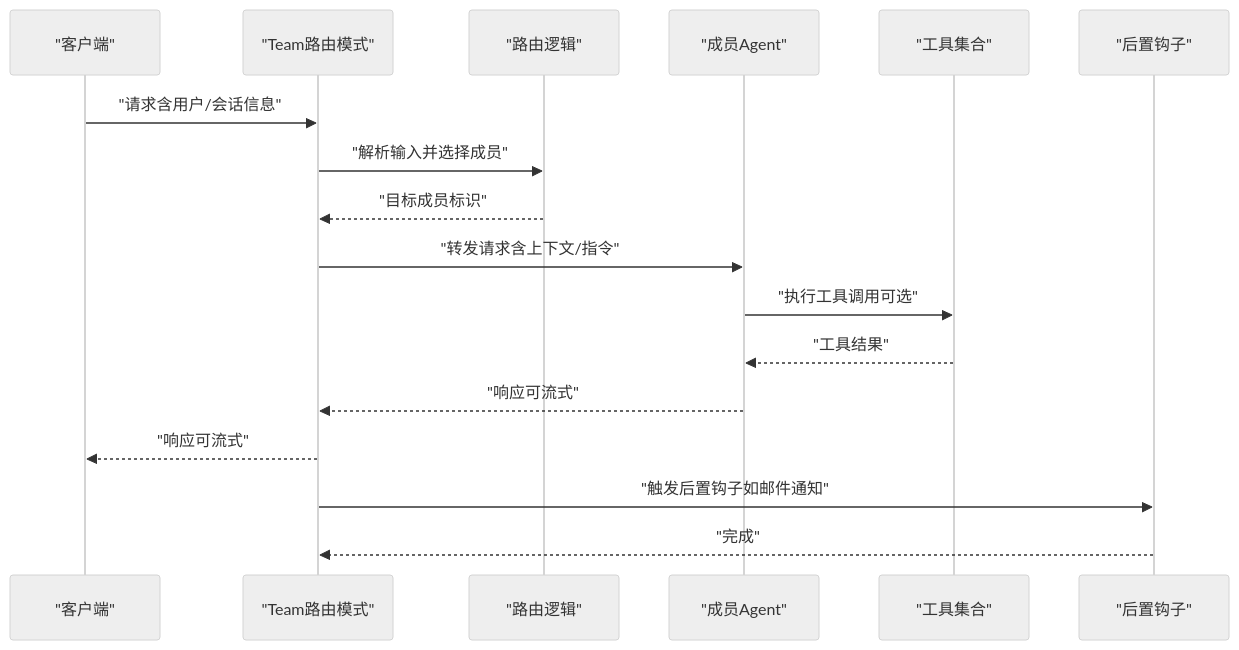
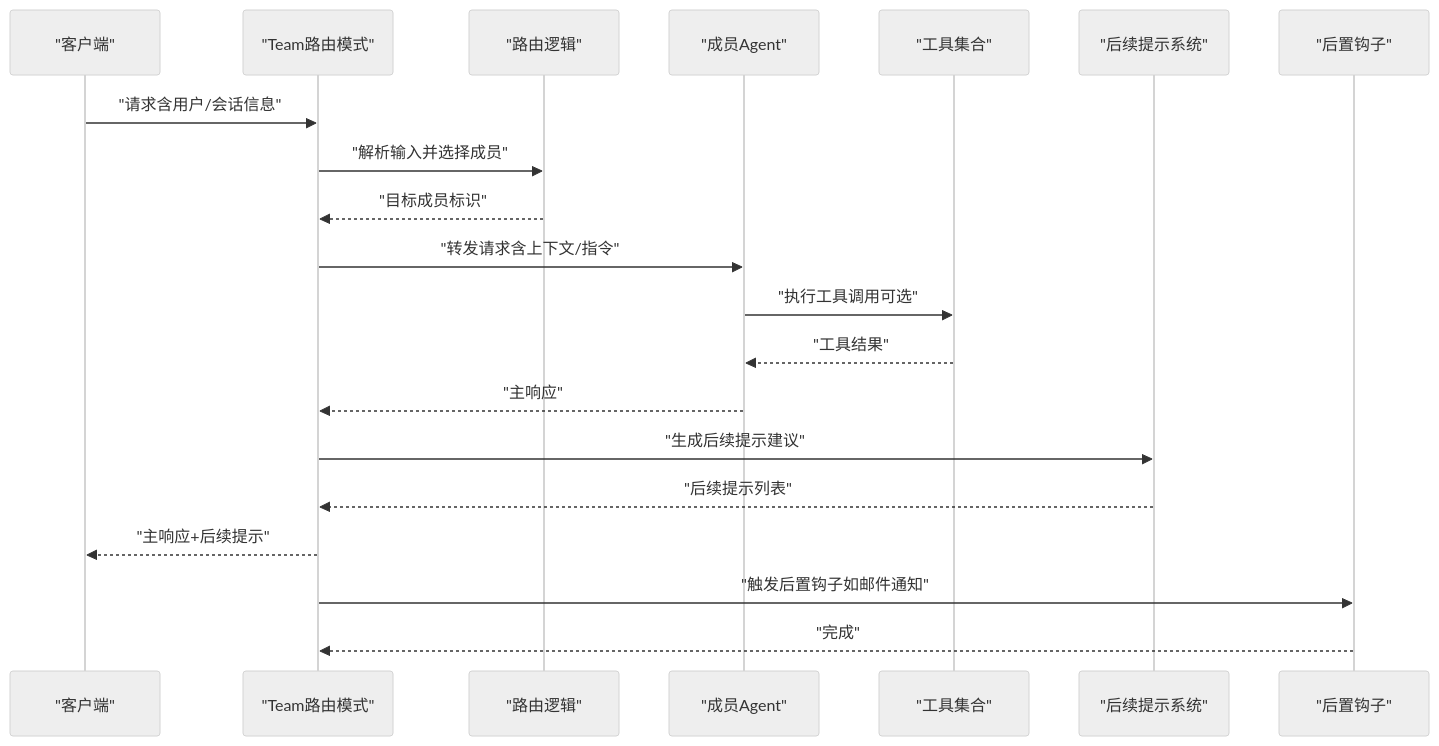
One commit to defulat-coder/agno-learn changed the second of 15 diagrams in .qoder/repowiki/zh/content/团队系统/团队系统.md. Above: the diagram before and after it, drawn with Mermaid (neutral theme). The commit also changed other lines of this file and 1683 other files, not shown here.

````diff
--- a/.qoder/repowiki/zh/content/团队系统/团队系统.md
+++ b/.qoder/repowiki/zh/content/团队系统/团队系统.md
@@ -119,19 +142,22 @@
 ```mermaid
 sequenceDiagram
 participant Client as "客户端"
 participant Team as "Team路由模式"
 participant Router as "路由逻辑"
 participant Member as "成员Agent"
 participant Tools as "工具集合"
+participant Followups as "后续提示系统"
 participant Hooks as "后置钩子"
 Client->>Team : "请求含用户/会话信息"
 Team->>Router : "解析输入并选择成员"
 Router-->>Team : "目标成员标识"
 Team->>Member : "转发请求含上下文/指令"
 Member->>Tools : "执行工具调用可选"
 Tools-->>Member : "工具结果"
-Member-->>Team : "响应可流式"
-Team-->>Client : "响应可流式"
+Member-->>Team : "主响应"
+Team->>Followups : "生成后续提示建议"
+Followups-->>Team : "后续提示列表"
+Team-->>Client : "主响应+后续提示"
 Team->>Hooks : "触发后置钩子如邮件通知"
 Hooks-->>Team : "完成"
 ```
````
